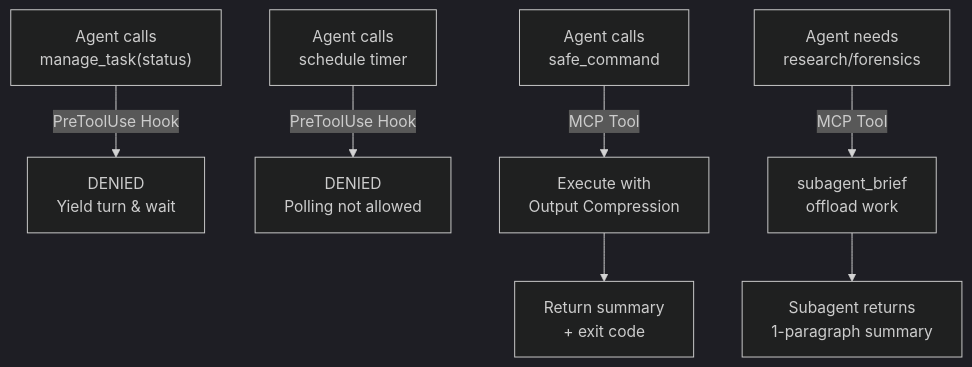
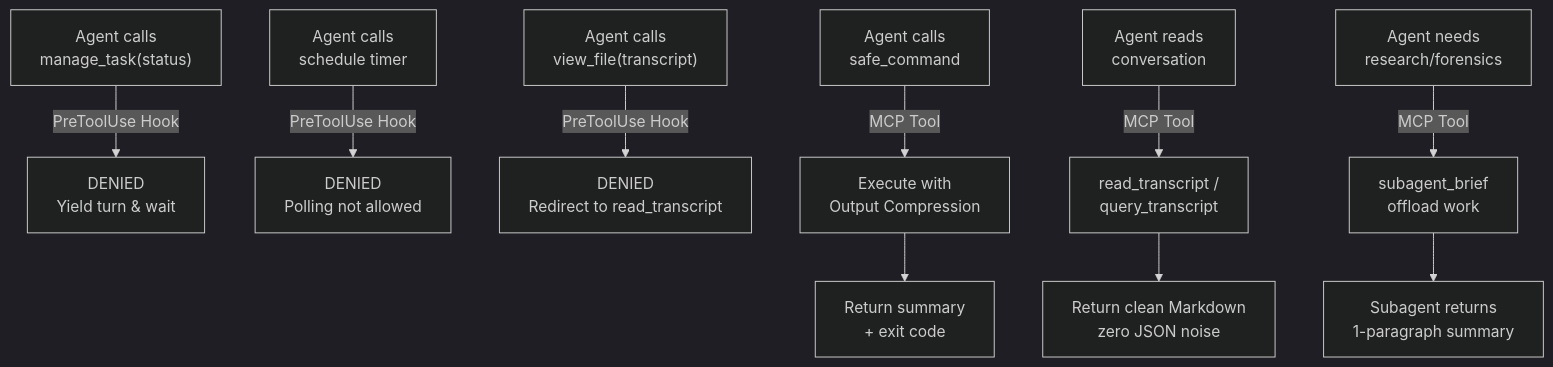
The diagram in README.md (paragon-ux/Agy-Context-Saver), drawn with Mermaid (dark theme) before and after one commit. The commit also changed other lines of this file and 7 other files, not shown here.

Commit message:
feat(transcript): add dual-tier streaming transcript reader and view_file enforcement hook

````diff
--- a/README.md
+++ b/README.md
@@ -25,12 +25,17 @@
 ```mermaid
 graph TD
     A["Agent calls<br/>manage_task(status)"] -->|PreToolUse Hook| B["DENIED<br/>Yield turn & wait"]
     
     C["Agent calls<br/>schedule timer"] -->|PreToolUse Hook| D["DENIED<br/>Polling not allowed"]
     
+    VF["Agent calls<br/>view_file(transcript)"] -->|PreToolUse Hook| VG["DENIED<br/>Redirect to read_transcript"]
+    
     E["Agent calls<br/>safe_command"] -->|MCP Tool| F["Execute with<br/>Output Compression"]
     F --> G["Return summary<br/>+ exit code"]
+    
+    TR["Agent reads<br/>conversation"] -->|MCP Tool| TS["read_transcript /<br/>query_transcript"]
+    TS --> TH["Return clean Markdown<br/>zero JSON noise"]
     
     H["Agent needs<br/>research/forensics"] -->|MCP Tool| I["subagent_brief<br/>offload work"]
     I --> J["Subagent returns<br/>1-paragraph summary"]
 ```
````
